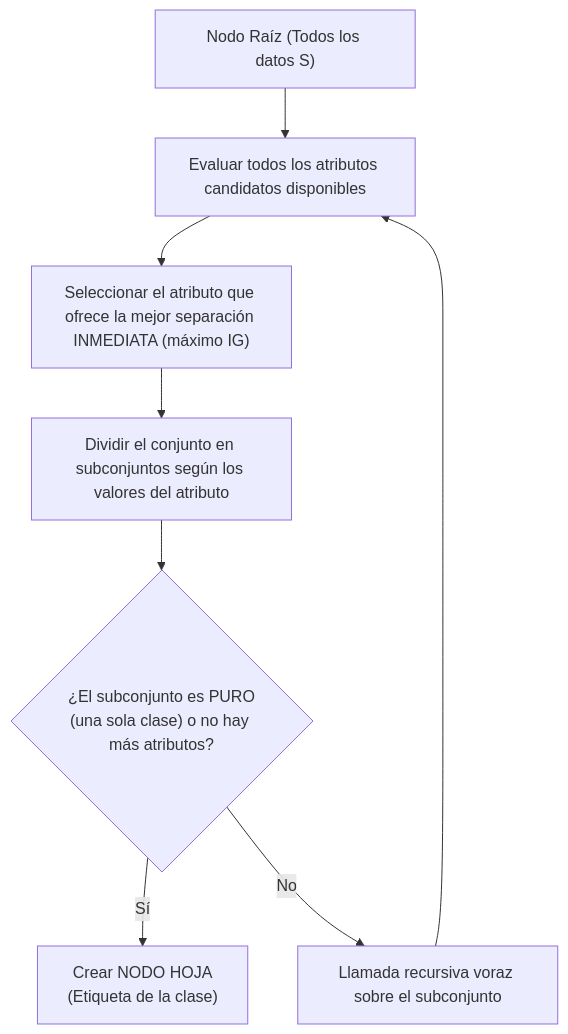
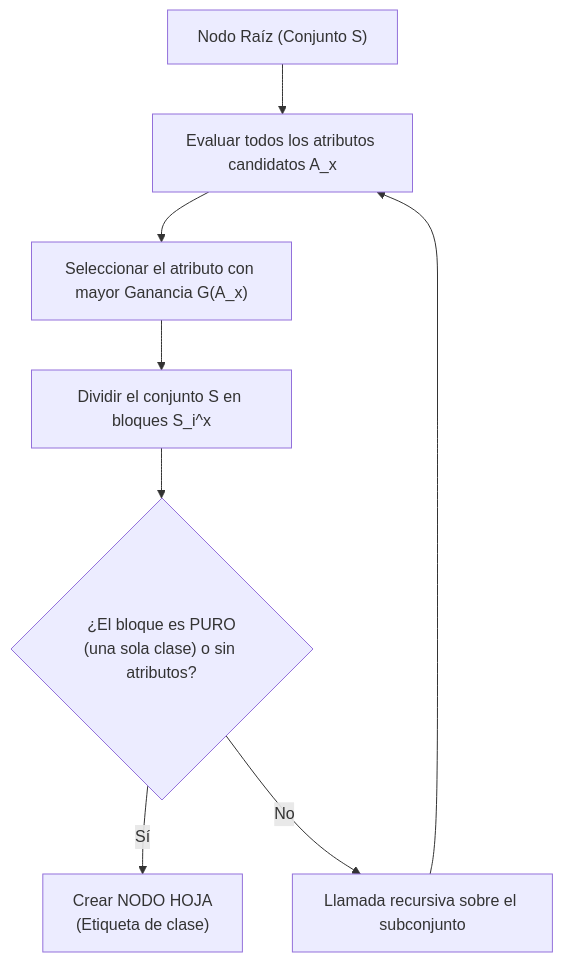
The third of 5 diagrams in minería de datos/20. Árboles de Decisión, Algoritmo ID3, Entropía de Shannon y Ganancia de Información.md (Eddyfals0/notas-obsidia-oto-o-2026), drawn with Mermaid before and after one commit. The commit also changed other lines of this file, not shown here.

Commit message:
docs(mineria): actualizar Nota 20 con la metodologia formal de 7 pasos y notacion de catedra para ID3

````diff
--- a/minería de datos/20. Árboles de Decisión, Algoritmo ID3, Entropía de Shannon y Ganancia de Información.md
+++ b/minería de datos/20. Árboles de Decisión, Algoritmo ID3, Entropía de Shannon y Ganancia de Información.md
@@ -95,10 +95,10 @@
 ```mermaid
 flowchart TD
-    Inicio["Nodo Raíz (Todos los datos S)"] --> Eval["Evaluar todos los atributos candidatos disponibles"]
-    Eval --> Pick["Seleccionar el atributo que ofrece la mejor separación INMEDIATA (máximo IG)"]
-    Pick --> Split["Dividir el conjunto en subconjuntos según los valores del atributo"]
-    Split --> Check{"¿El subconjunto es PURO<br>(una sola clase) o no hay más atributos?"}
-    Check -- Sí --> Leaf["Crear NODO HOJA<br>(Etiqueta de la clase)"]
-    Check -- No --> Recurse["Llamada recursiva voraz sobre el subconjunto"]
+    Inicio["Nodo Raíz (Conjunto S)"] --> Eval["Evaluar todos los atributos candidatos A_x"]
+    Eval --> Pick["Seleccionar el atributo con mayor Ganancia G(A_x)"]
+    Pick --> Split["Dividir el conjunto S en bloques S_i^x"]
+    Split --> Check{"¿El bloque es PURO<br>(una sola clase) o sin atributos?"}
+    Check -- Sí --> Leaf["Crear NODO HOJA<br>(Etiqueta de clase)"]
+    Check -- No --> Recurse["Llamada recursiva sobre el subconjunto"]
     Recurse --> Eval
 ```
````
